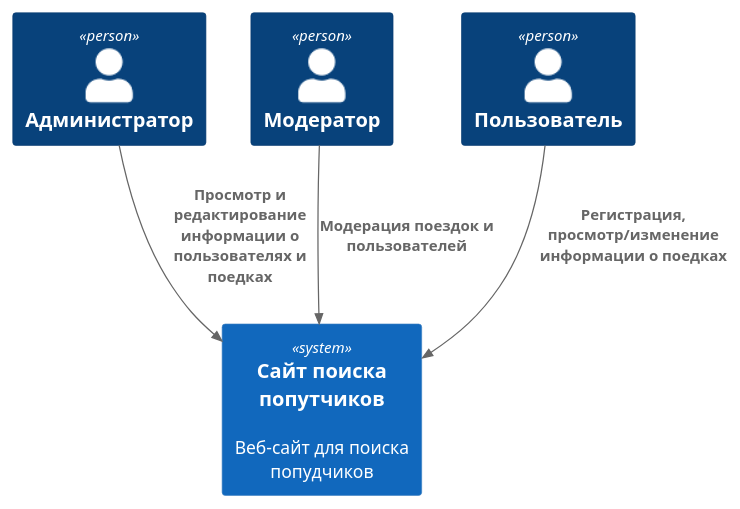
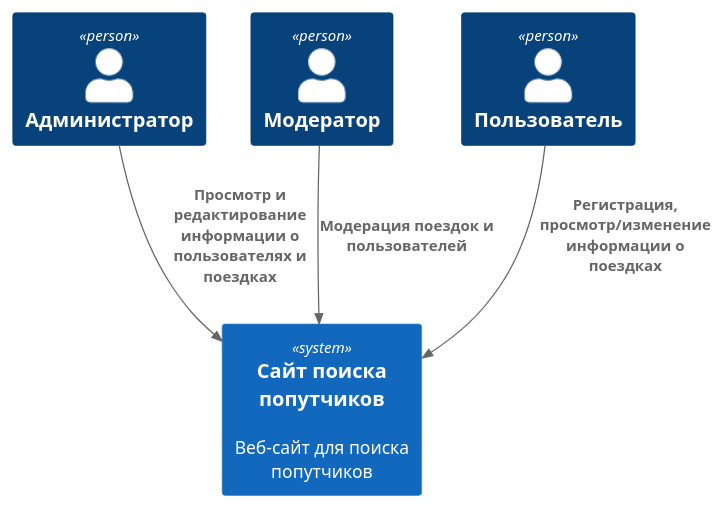
Before and after one commit to KrasilnikovAV/hl_mai_lab_00: the diagram in context.md, drawn with PlantUML. The commit also changed other lines of this file and 2 other files, not shown here.

````diff
--- a/context.md
+++ b/context.md
@@ -4,20 +4,20 @@
 ```plantuml
 @startuml
 !include https://raw.githubusercontent.com/plantuml-stdlib/C4-PlantUML/master/C4_Container.puml
 
 Person(admin, "Администратор")
 Person(moderator, "Модератор")
 Person(user, "Пользователь")
 
-System(conference_site, "Сайт поиска попутчиков", "Веб-сайт для поиска попудчиков")
+System(conference_site, "Сайт поиска попутчиков", "Веб-сайт для поиска попутчиков")
 
 
 
-Rel(admin, conference_site, "Просмотр и редактирование информации о пользователях и поедках")
+Rel(admin, conference_site, "Просмотр и редактирование информации о пользователях и поездках")
 Rel(moderator, conference_site, "Модерация поездок и пользователей")
-Rel(user, conference_site, "Регистрация, просмотр/изменение информации о поедках")
+Rel(user, conference_site, "Регистрация, просмотр/изменение информации о поездках")
 
 
 
 @enduml
 ```
````
